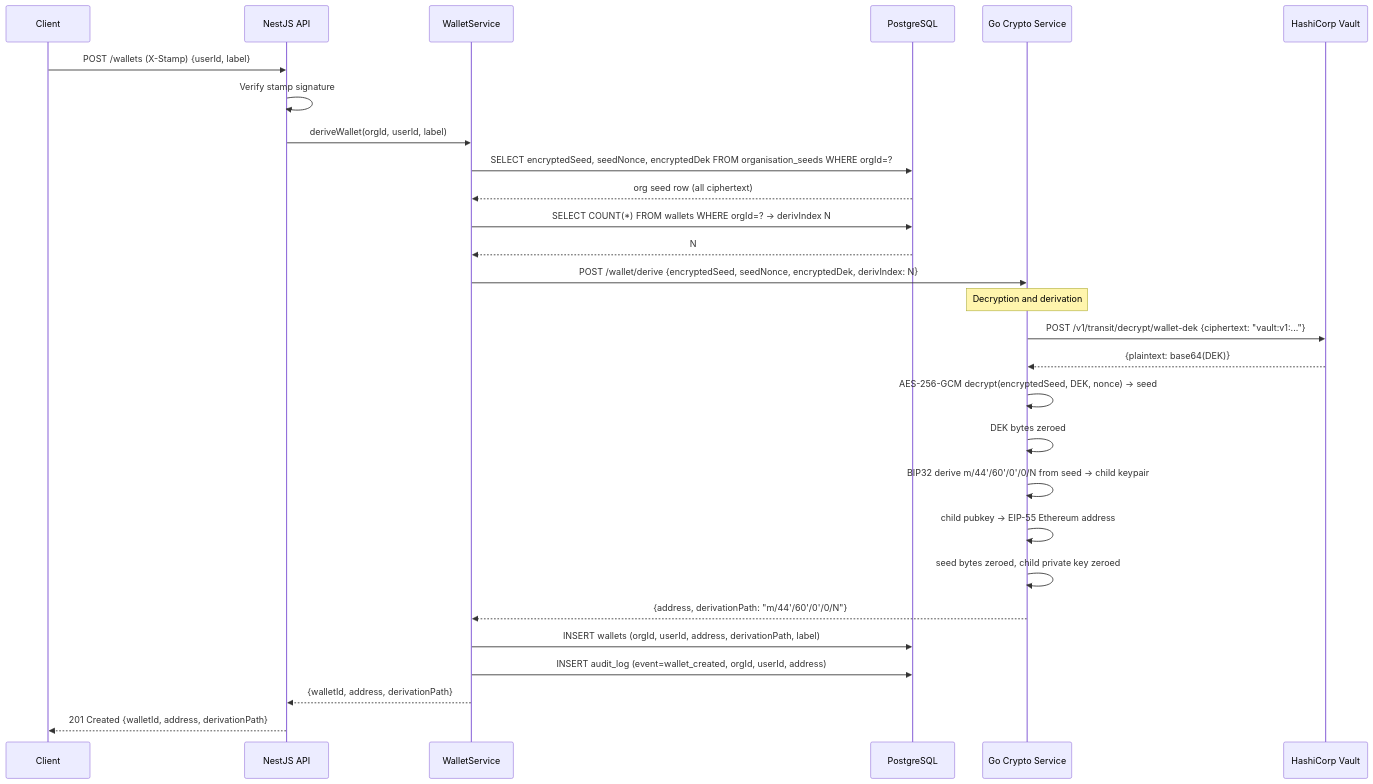
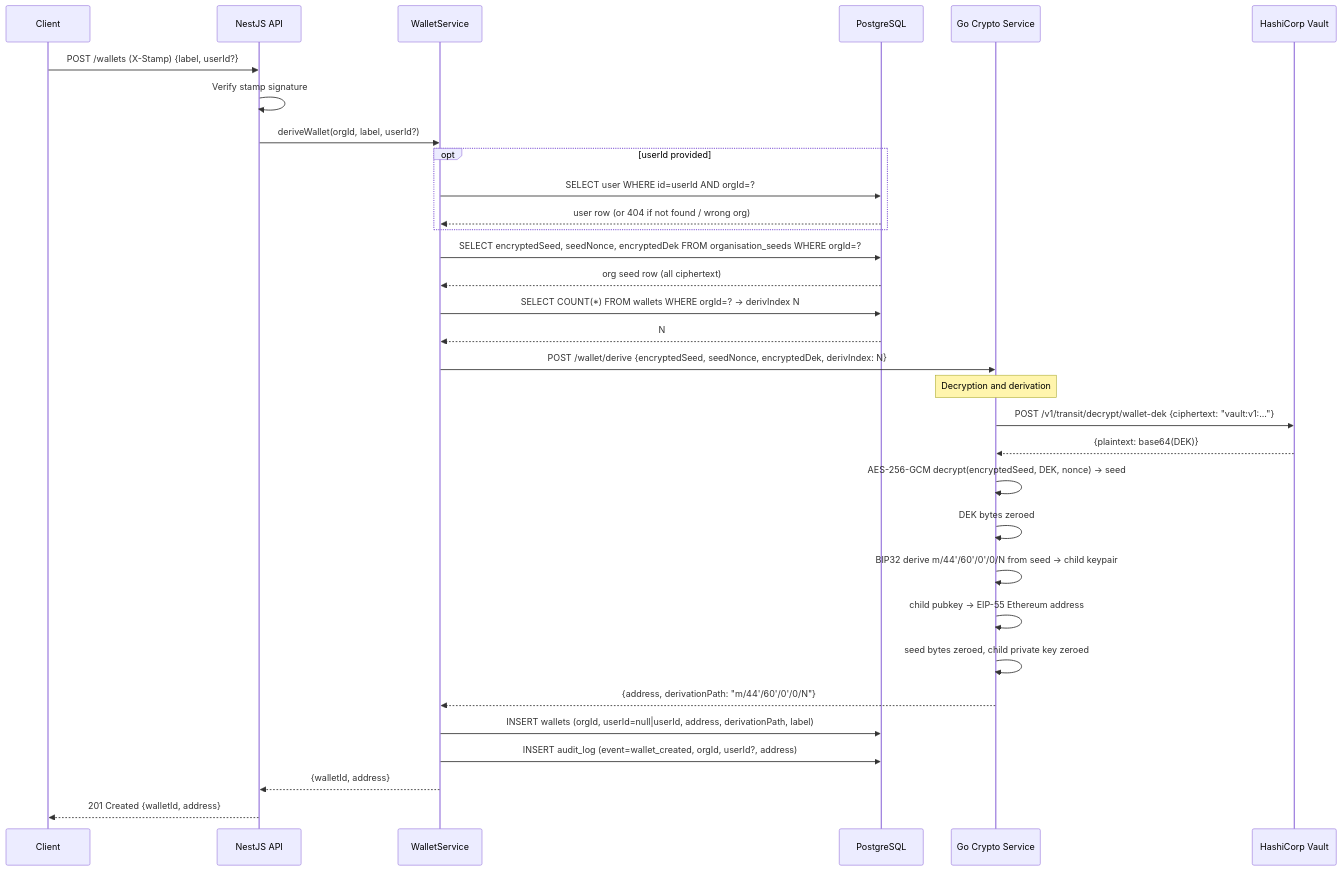
The third of 5 diagrams in docs/SEQUENCE_DIAGRAMS.md (sg-milad/BrokeTurnkey), drawn with Mermaid before and after one commit. The commit also changed other lines of this file and 3 other files, not shown here.

````diff
--- a/docs/SEQUENCE_DIAGRAMS.md
+++ b/docs/SEQUENCE_DIAGRAMS.md
@@ -88,38 +90,43 @@
 ```mermaid
 sequenceDiagram
     participant C as Client
     participant API as NestJS API
     participant WS as WalletService
     participant DB as PostgreSQL
     participant GO as Go Crypto Service
     participant V as HashiCorp Vault
 
-    C->>API: POST /wallets (X-Stamp) {userId, label}
+    C->>API: POST /wallets (X-Stamp) {label, userId?}
     API->>API: Verify stamp signature
-    API->>WS: deriveWallet(orgId, userId, label)
+    API->>WS: deriveWallet(orgId, label, userId?)
+
+    opt userId provided
+        WS->>DB: SELECT user WHERE id=userId AND orgId=?
+        DB-->>WS: user row (or 404 if not found / wrong org)
+    end
 
     WS->>DB: SELECT encryptedSeed, seedNonce, encryptedDek FROM organisation_seeds WHERE orgId=?
     DB-->>WS: org seed row (all ciphertext)
 
     WS->>DB: SELECT COUNT(*) FROM wallets WHERE orgId=? → derivIndex N
     DB-->>WS: N
 
     WS->>GO: POST /wallet/derive {encryptedSeed, seedNonce, encryptedDek, derivIndex: N}
 
     note over GO: Decryption and derivation
     GO->>V: POST /v1/transit/decrypt/wallet-dek {ciphertext: "vault:v1:..."}
     V-->>GO: {plaintext: base64(DEK)}
     GO->>GO: AES-256-GCM decrypt(encryptedSeed, DEK, nonce) → seed
     GO->>GO: DEK bytes zeroed
     GO->>GO: BIP32 derive m/44'/60'/0'/0/N from seed → child keypair
     GO->>GO: child pubkey → EIP-55 Ethereum address
     GO->>GO: seed bytes zeroed, child private key zeroed
 
     GO-->>WS: {address, derivationPath: "m/44'/60'/0'/0/N"}
 
-    WS->>DB: INSERT wallets (orgId, userId, address, derivationPath, label)
-    WS->>DB: INSERT audit_log (event=wallet_created, orgId, userId, address)
+    WS->>DB: INSERT wallets (orgId, userId=null|userId, address, derivationPath, label)
+    WS->>DB: INSERT audit_log (event=wallet_created, orgId, userId?, address)
 
-    WS-->>API: {walletId, address, derivationPath}
-    API-->>C: 201 Created {walletId, address, derivationPath}
+    WS-->>API: {walletId, address}
+    API-->>C: 201 Created {walletId, address}
 ```
````
